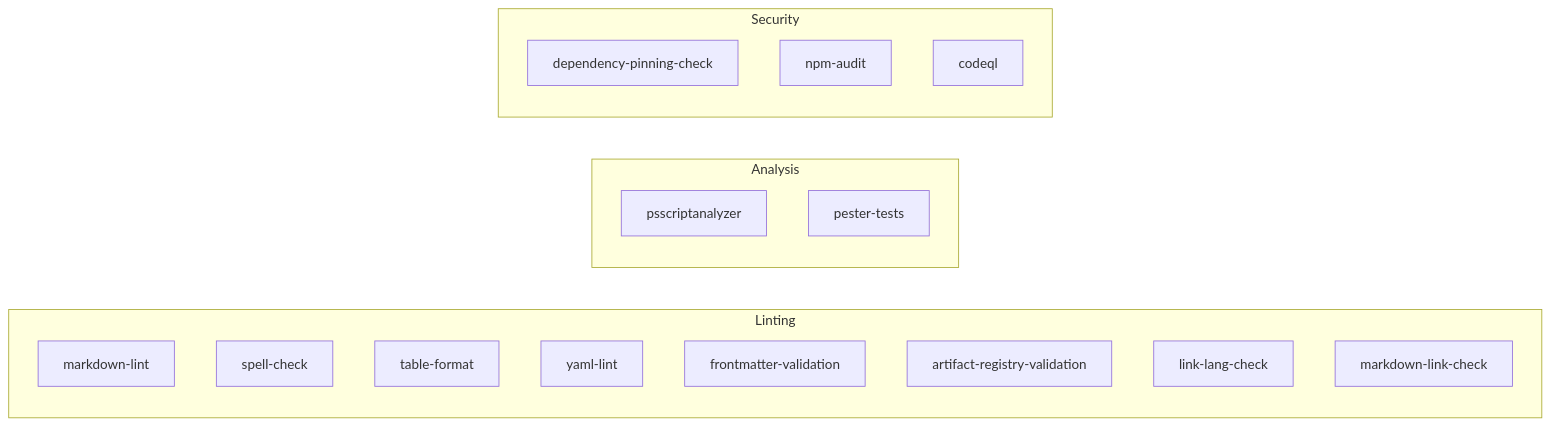
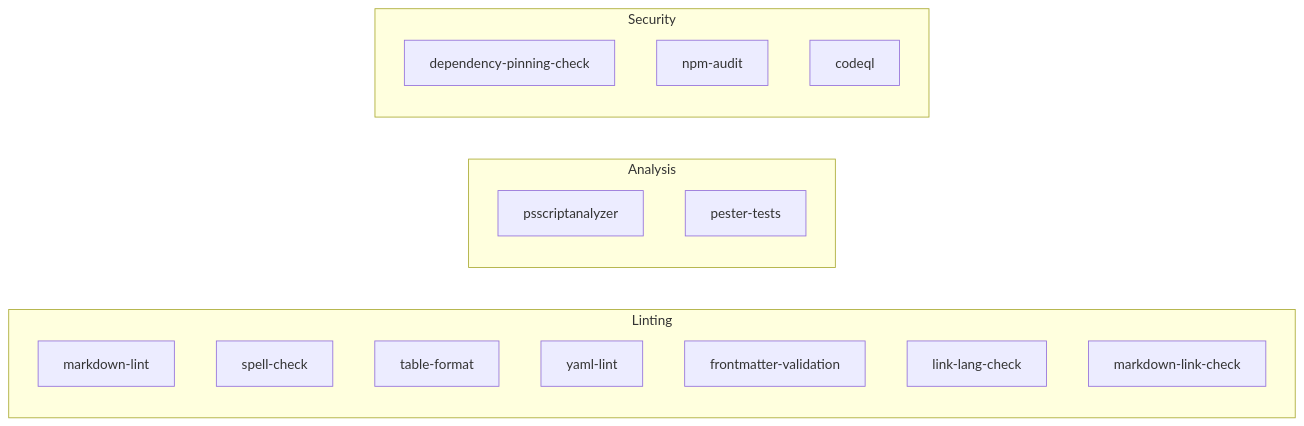
Before and after one commit to microsoft/hve-core: the second of 4 diagrams in docs/architecture/workflows.md, drawn with Mermaid. The commit also changed other lines of this file and 17 other files, not shown here.

````diff
--- a/docs/architecture/workflows.md
+++ b/docs/architecture/workflows.md
@@ -81,24 +80,23 @@
 ```mermaid
 flowchart LR
     subgraph "Linting"
         ML[markdown-lint]
         SC[spell-check]
         TF[table-format]
         YL[yaml-lint]
         FV[frontmatter-validation]
-        ARV[artifact-registry-validation]
         LLC[link-lang-check]
         MLC[markdown-link-check]
     end
-    
+
     subgraph "Analysis"
         PSA[psscriptanalyzer]
         PT[pester-tests]
     end
-    
+
     subgraph "Security"
         DPC[dependency-pinning-check]
         NA[npm-audit]
         CQL[codeql]
     end
 ```
````
